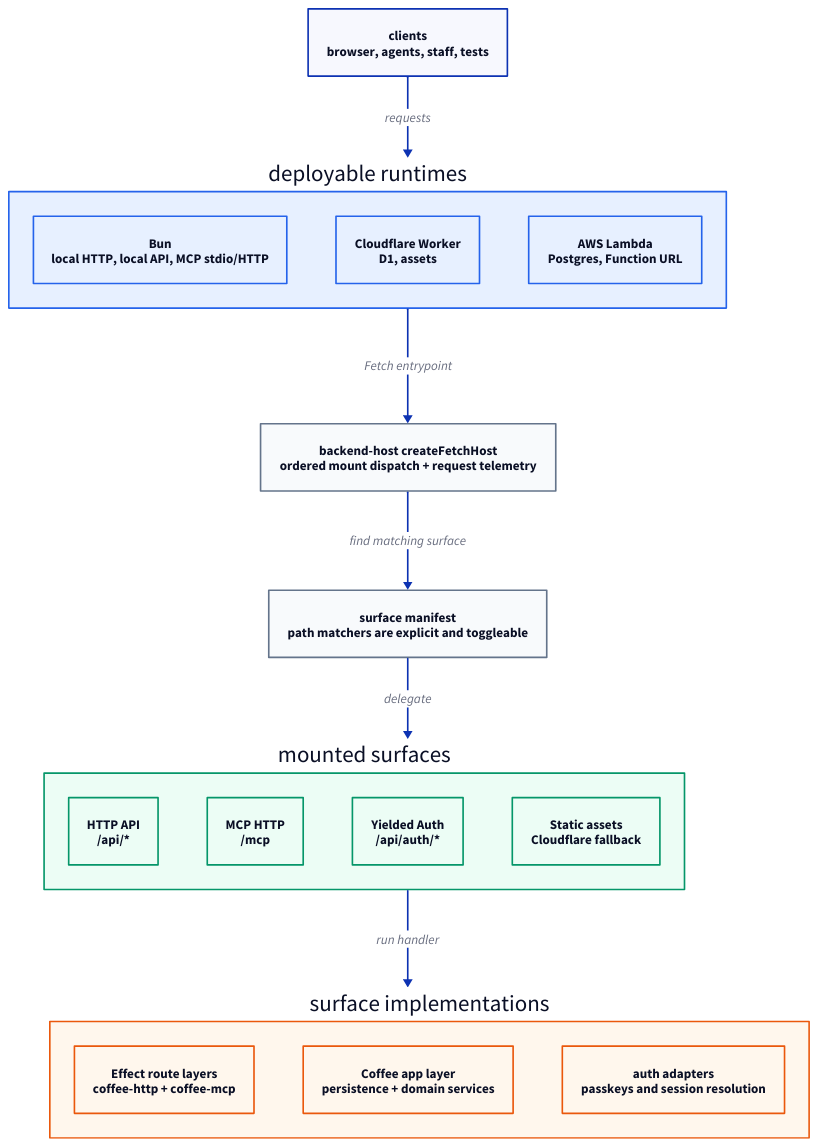
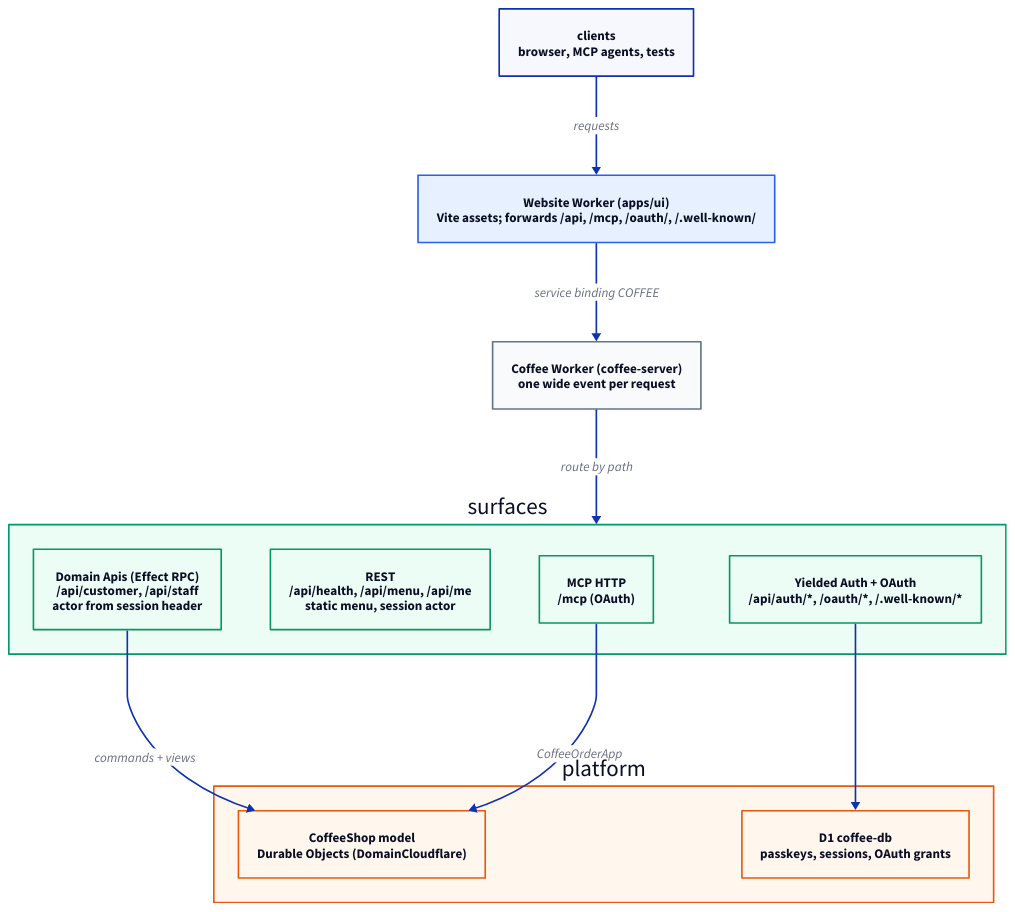
The diagram in docs/architecture/backend-runtime-surfaces.d2 (kevinmichaelchen/effect-coffee-shop), drawn with D2 before and after one commit. The commit also changed 333 other files, not shown here.

First line of the commit message:
Migrate to alchemy/Domain on Durable Objects (#116)

```diff
--- a/docs/architecture/backend-runtime-surfaces.d2
+++ b/docs/architecture/backend-runtime-surfaces.d2
@@ -1,78 +1,63 @@
 direction: down
 
 classes: {
   runtime: {
     style.fill: "#E7F0FF"
     style.stroke: "#2563EB"
   }
   host: {
     style.fill: "#F8FAFC"
     style.stroke: "#64748B"
   }
   surface: {
     style.fill: "#ECFDF5"
     style.stroke: "#059669"
   }
   implementation: {
     style.fill: "#FFF7ED"
     style.stroke: "#EA580C"
   }
 }
 
-clients: "clients\nbrowser, agents, staff, tests"
+clients: "clients\nbrowser, MCP agents, tests"
 
-runtimes: "deployable runtimes" {
+website: "Website Worker (apps/ui)\nVite assets; forwards /api, /mcp, /oauth/, /.well-known/" {
   class: runtime
-  bun: "Bun\nlocal HTTP, local API, MCP stdio/HTTP" {
-    class: runtime
-  }
-  cloudflare: "Cloudflare Worker\nD1, assets" {
-    class: runtime
-  }
-  aws: "AWS Lambda\nPostgres, Function URL" {
-    class: runtime
-  }
 }
 
-fetch_host: "backend-host createFetchHost\nordered mount dispatch + request telemetry" {
+coffee: "Coffee Worker (coffee-server)\none wide event per request" {
   class: host
 }
 
-mount_manifest: "surface manifest\npath matchers are explicit and toggleable" {
-  class: host
-}
-
-surfaces: "mounted surfaces" {
+surfaces: "surfaces" {
   class: surface
-  api: "HTTP API\n/api/*" {
+  domain_apis: "Domain Apis (Effect RPC)\n/api/customer, /api/staff\nactor from session header" {
     class: surface
   }
-  mcp: "MCP HTTP\n/mcp" {
+  rest: "REST\n/api/health, /api/menu, /api/me\nstatic menu, session actor" {
     class: surface
   }
-  auth: "Yielded Auth\n/api/auth/*" {
+  mcp: "MCP HTTP\n/mcp (OAuth)" {
     class: surface
   }
-  assets: "Static assets\nCloudflare fallback" {
+  auth: "Yielded Auth + OAuth\n/api/auth/*, /oauth/*, /.well-known/*" {
     class: surface
   }
 }
 
-implementations: "surface implementations" {
+storage: "platform" {
   class: implementation
-  route_layers: "Effect route layers\ncoffee-http + coffee-mcp" {
+  model: "CoffeeShop model\nDurable Objects (DomainCloudflare)" {
     class: implementation
   }
-  app_layer: "Coffee app layer\npersistence + domain services" {
-    class: implementation
-  }
-  auth: "auth adapters\npasskeys and session resolution" {
+  d1: "D1 coffee-db\npasskeys, sessions, OAuth grants" {
     class: implementation
   }
 }
 
-clients -> runtimes: "requests"
-runtimes -> fetch_host: "Fetch entrypoint"
-fetch_host -> mount_manifest: "find matching surface"
-mount_manifest -> surfaces: "delegate"
-surfaces -> implementations: "run handler"
+clients -> website: "requests"
+website -> coffee: "service binding COFFEE"
+coffee -> surfaces: "route by path"
+surfaces.domain_apis -> storage.model: "commands + views"
+surfaces.mcp -> storage.model: "CoffeeOrderApp"
+surfaces.auth -> storage.d1
```
